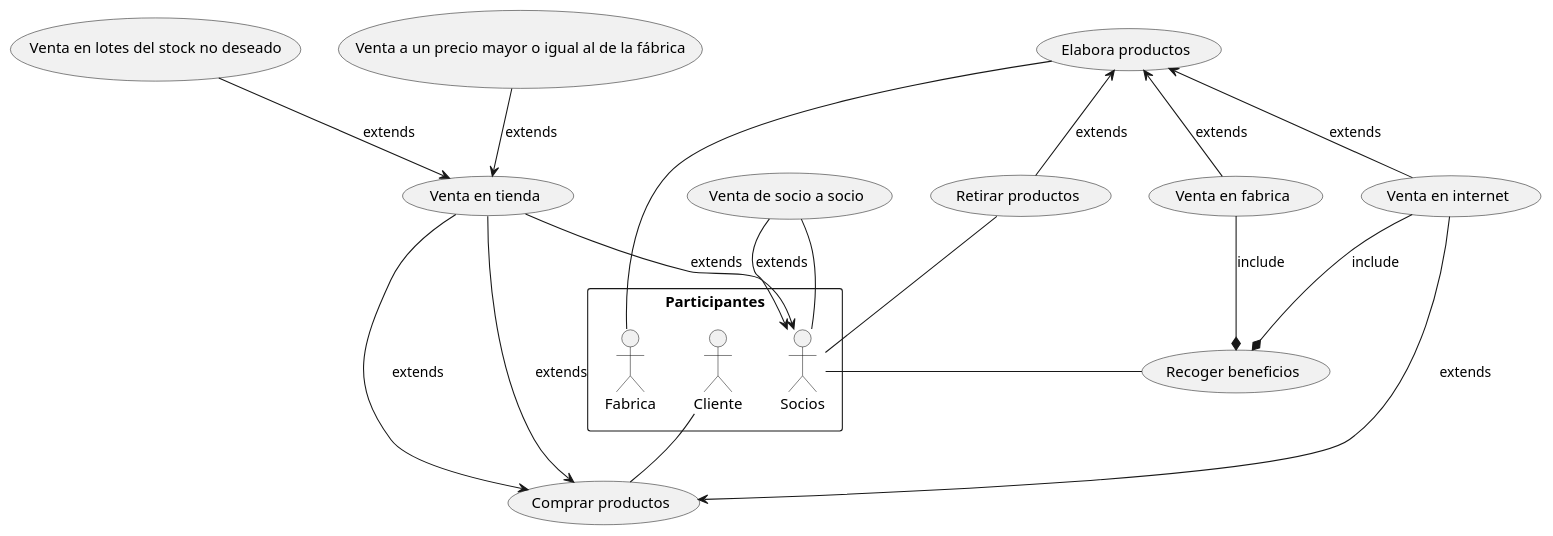
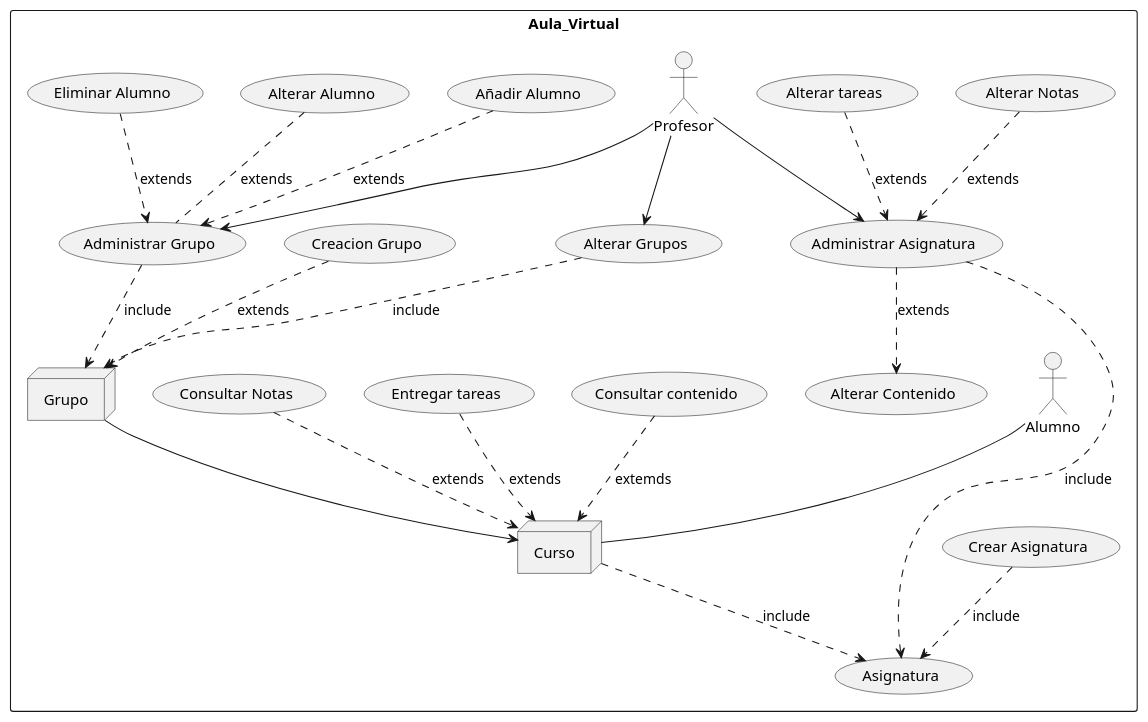
The diagram in ejercicio1.puml (JorgeSF85/DiagramasDeUso), drawn with PlantUML before and after one commit.

Commit message:
Update ejercicio1.puml
edito diagrama

```diff
--- a/ejercicio1.puml
+++ b/ejercicio1.puml
@@ -1,50 +1,43 @@
-@startuml ejercicio 1
+@startuml
 skinparam packageStyle rectangle
+rectangle Aula_Virtual{
+
+actor Profesor
+
+actor Alumno
 
 
-(Comprar productos) as (Buy)
-(Venta en internet) as (VI)
-(Elabora productos) as (Produc)
-(Venta en fabrica) as (VF)
-(Recoger beneficios) as (Ben)
-(Venta en tienda) as (VT)
-(Venta de socio a socio) as (VSS)
-(Venta en lotes del stock no deseado) as (Lotes)
-(Retirar productos) as (Recoger)
-(Venta a un precio mayor o igual al de la fábrica) as (VentaNormal)
+    node Grupo
+    node Curso
 
+    Profesor --> (Administrar Grupo)
+    Profesor --> (Administrar Asignatura)
+    
 
-rectangle Participantes{
-
-    actor Socios
-
-    actor Cliente
-   
-    actor Fabrica
+    (Crear Asignatura) ..> (Asignatura) : include
+    (Administrar Asignatura) ..> (Asignatura) : include
+    (Administrar Asignatura) ..> (Alterar Contenido) : extends
+  (Alterar Notas) ..> (Administrar Asignatura) : extends
+    (Alterar tareas) ..> (Administrar Asignatura) : extends
+  
+    
+    Profesor --> (Alterar Grupos)
+    (Grupo) --> (Curso) 
+(Creacion Grupo) ..> (Grupo) : extends
+    (Alterar Grupos) ..> (Grupo) : include
+    (Administrar Grupo) ..> (Grupo) : include
+    
+    
+    Alumno -- (Curso)
+    (Alterar Alumno) .. (Administrar Grupo) : extends
+(Entregar tareas) ..> (Curso) : extends
+    (Eliminar Alumno) ..> (Administrar Grupo) : extends
+(Consultar Notas) ..> (Curso) : extends
+    (Añadir Alumno) ..> (Administrar Grupo) : extends
+    
+    (Curso) ..> (Asignatura) : include
+    
+    (Consultar contenido) ..> (Curso) : extemds
     
 }
-
-Fabrica --  Produc
-Produc <-- VI : extends
-Produc <-- VF : extends
-
-Produc <-- Recoger : extends
-
-Recoger -- Socios
-
-VSS --> Socios : extends
-Socios -- VSS
-VT --> Socios : extends
-
-VentaNormal --> VT : extends
-Lotes --> VT : extends
-
-Cliente -- Buy
-VT --> Buy: extends
-VT --> Buy : extends
-VI --> Buy : extends
-VF --* Ben : include
-VI --* Ben : include
-Ben -- Socios
-
 @enduml
```
